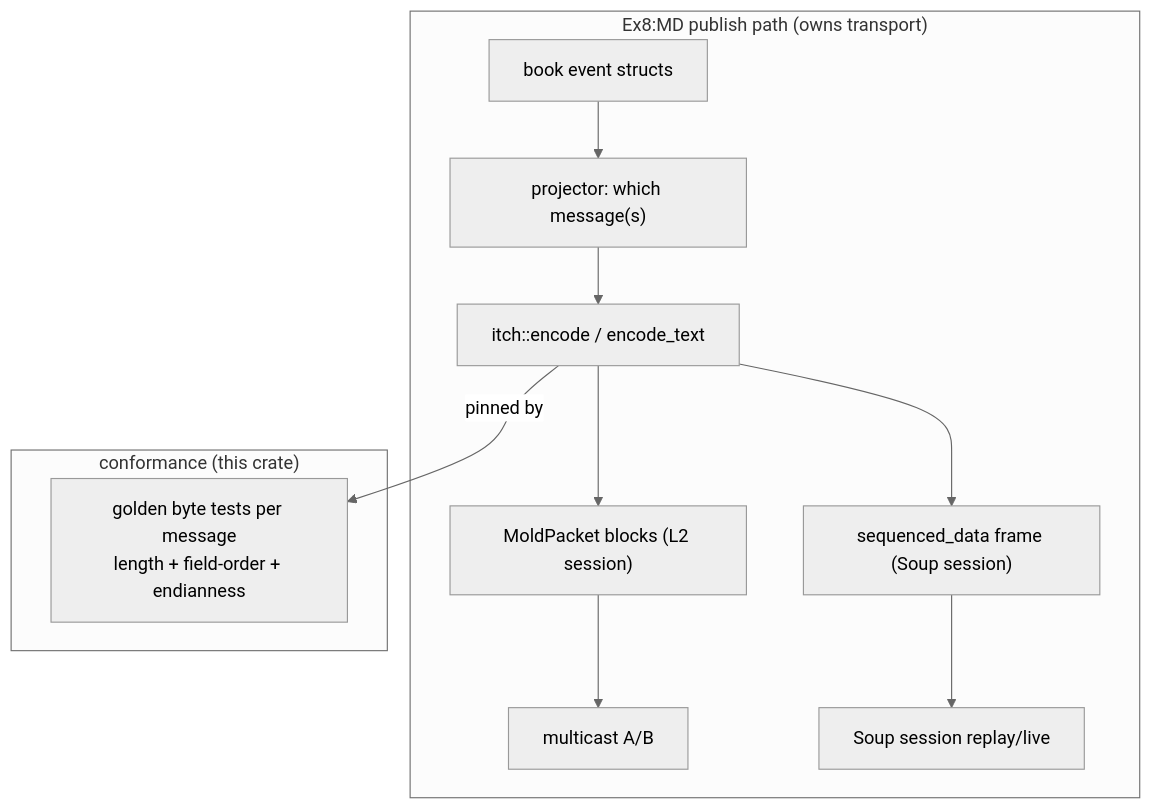
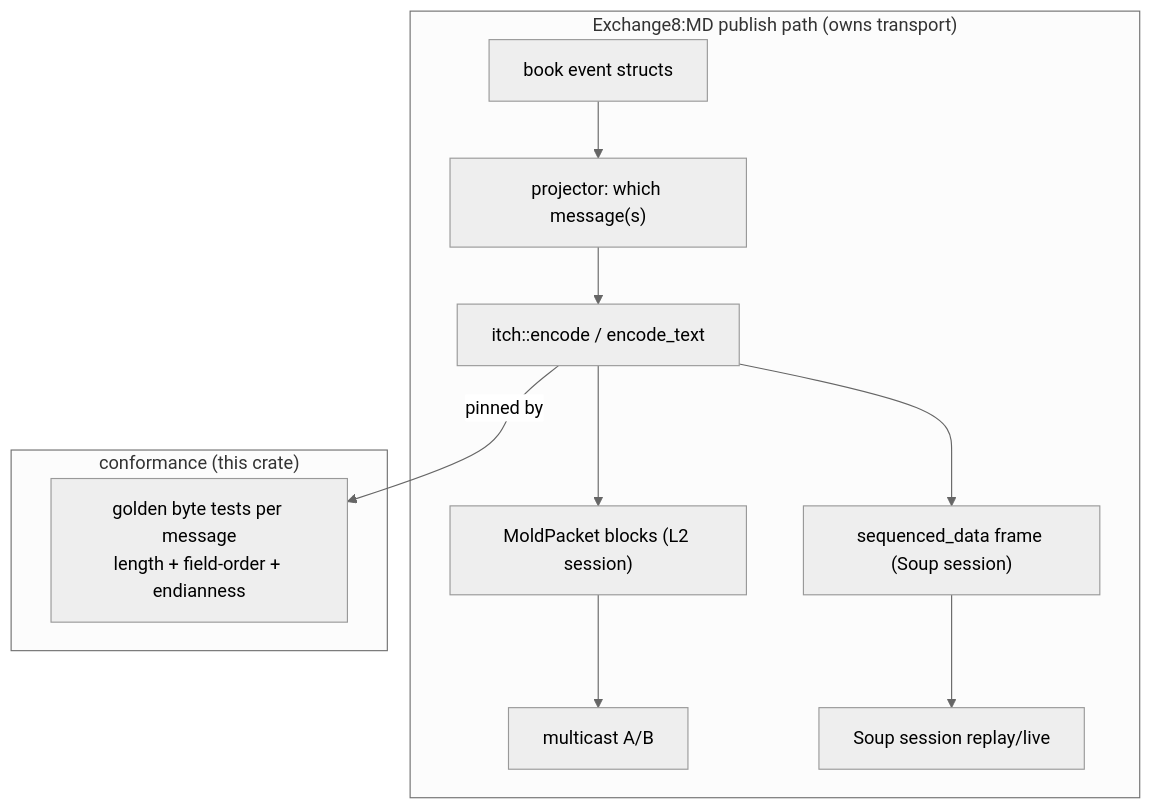
Before and after one commit to Exchange8-dev/exchange8-sdk: the fourth of 7 diagrams in crates/itch/DESIGN.md, drawn with Mermaid (neutral theme). The commit also changed other lines of this file and 29 other files, not shown here.

````diff
--- a/crates/itch/DESIGN.md
+++ b/crates/itch/DESIGN.md
@@ -186,15 +186,15 @@
 ```mermaid
 graph TD
-    subgraph MDPUB["Ex8:MD publish path (owns transport)"]
+    subgraph MDPUB["Exchange8:MD publish path (owns transport)"]
         EVT["book event structs"] --> MAP["projector: which message(s)"]
         MAP --> ENC["itch::encode / encode_text"]
         ENC --> MOLDP["MoldPacket blocks (L2 session)"]
         ENC --> SOUPP["sequenced_data frame (Soup session)"]
         MOLDP --> MC["multicast A/B"]
         SOUPP --> SESS["Soup session replay/live"]
     end
     subgraph TESTS["conformance (this crate)"]
         GOLD["golden byte tests per message<br/>length + field-order + endianness"]
     end
     ENC -->|"pinned by"| GOLD
 ```
````
